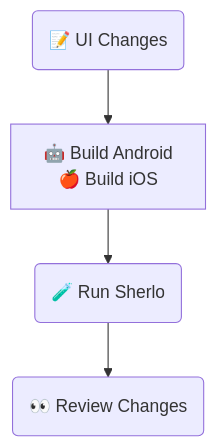
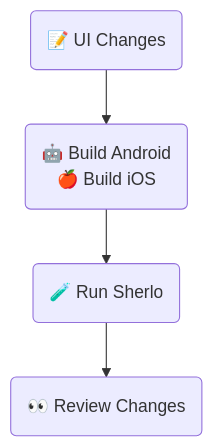
One commit to sherlo-io/sherlo changed the eighth of 8 diagrams in examples/standard/README.md. Above: the diagram before and after it, drawn with Mermaid.

Commit message:
no message

````diff
--- a/examples/standard/README.md
+++ b/examples/standard/README.md
@@ -137,12 +137,12 @@
 ```mermaid
 flowchart TB
    UI(📝 UI Changes)
-   Builds["`🤖 Build Android
-   🍎 Build iOS`"]
+   Builds("`🤖 Build Android
+   🍎 Build iOS`")
    Sherlo(🧪 Run Sherlo)
    Review(👀 Review Changes)
 
    UI --> Builds
    Builds --> Sherlo
    Sherlo --> Review
 ```
````
